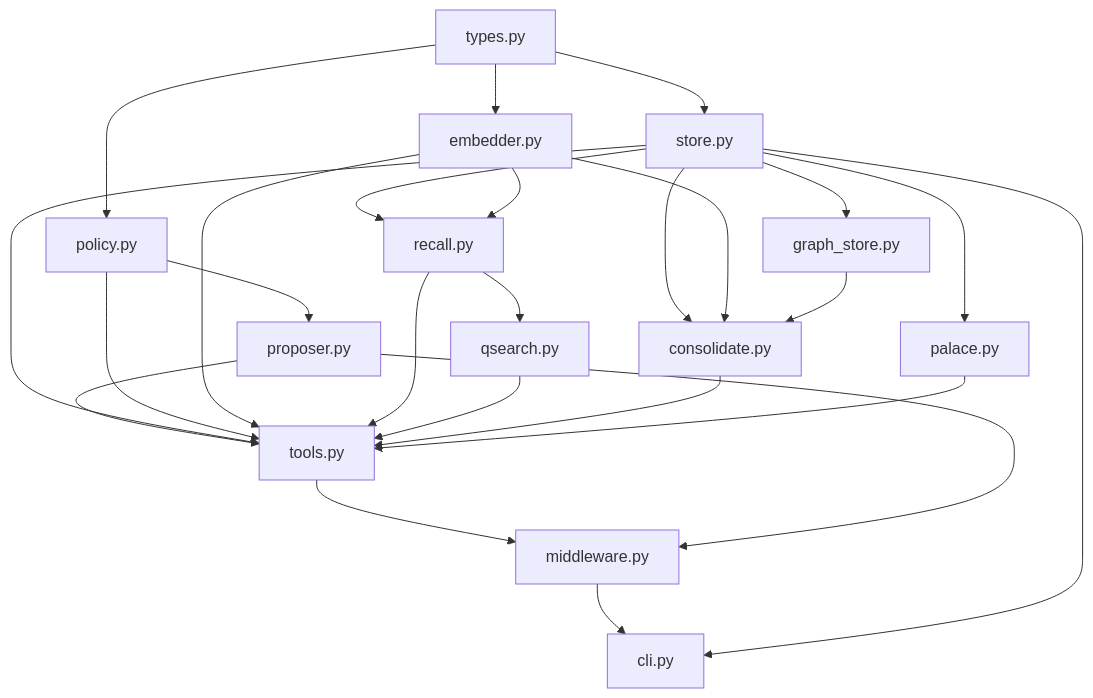
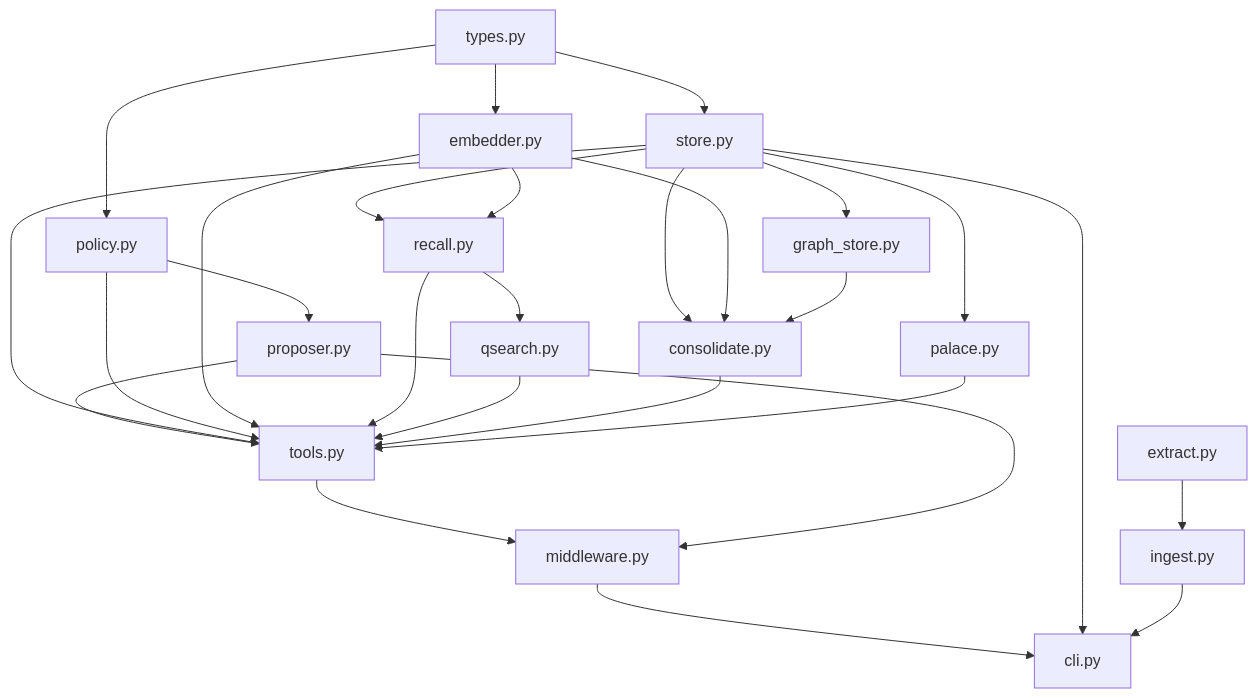
One commit to ovitrac/RAGIX changed the diagram in ragix_core/memory/README.md. Above: the diagram before and after it, drawn with Mermaid. The commit also changed other lines of this file and 12 other files, not shown here.

````diff
--- a/ragix_core/memory/README.md
+++ b/ragix_core/memory/README.md
@@ -32,27 +32,29 @@
 ```mermaid
 graph TD
     A[types.py] --> B[store.py]
     A --> C[embedder.py]
     A --> D[policy.py]
     B --> E[recall.py]
     C --> E
     E --> F[qsearch.py]
     B --> G[palace.py]
     B --> H[consolidate.py]
     C --> H
     D --> I[proposer.py]
     I --> J[tools.py]
     B --> J
     D --> J
     C --> J
     E --> J
     F --> J
     H --> J
     G --> J
     J --> K[middleware.py]
     I --> K
     K --> L[cli.py]
     B --> L
+    N[extract.py] --> O[ingest.py]
+    O --> L
     B --> M[graph_store.py]
     M --> H
 ```
````
